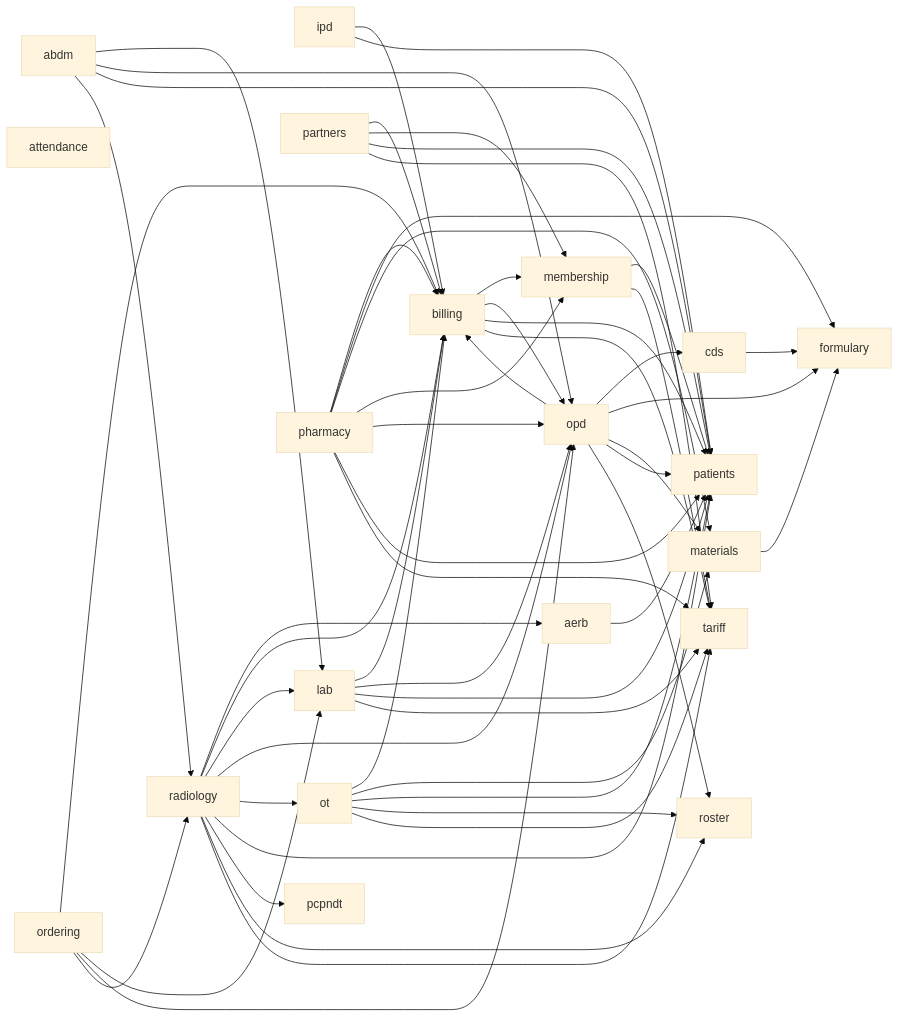
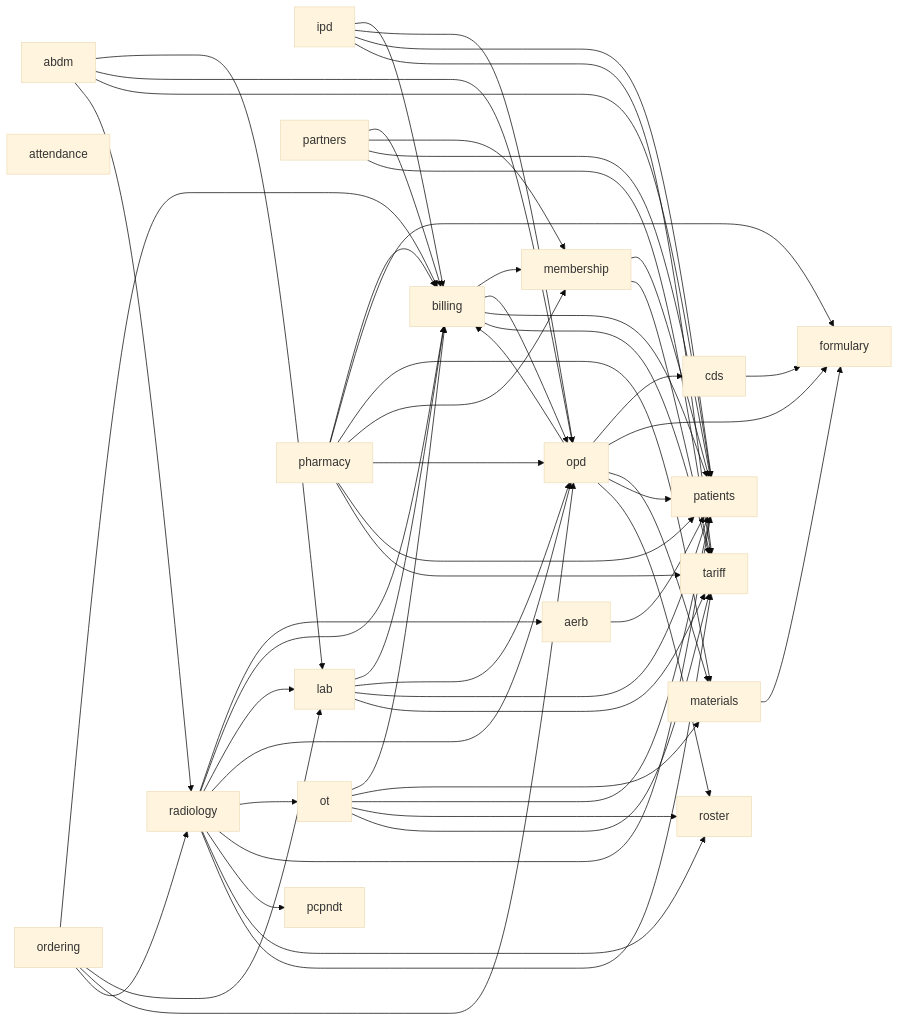
The second of 2 diagrams in docs/architecture/README.md (ankits3a/hims-hmis), drawn with Mermaid (base theme) before and after one commit. The commit also changed other lines of this file and 50 other files, not shown here.

First line of the commit message:
feat(ipd): admission — request, tariff deposit, admit onto a bed in one transaction, payer record, wristband, emergency lane, downtime back-fill and the Admit sheet (E1.2)

````diff
--- a/docs/architecture/README.md
+++ b/docs/architecture/README.md
@@ -31,77 +31,79 @@
 ```mermaid
 flowchart LR
   abdm[abdm]
   aerb[aerb]
   attendance[attendance]
   billing[billing]
   cds[cds]
   formulary[formulary]
   ipd[ipd]
   lab[lab]
   materials[materials]
   membership[membership]
   opd[opd]
   ordering[ordering]
   ot[ot]
   partners[partners]
   patients[patients]
   pcpndt[pcpndt]
   pharmacy[pharmacy]
   radiology[radiology]
   roster[roster]
   tariff[tariff]
   abdm --> lab
   abdm --> opd
   abdm --> patients
   abdm --> radiology
   aerb --> patients
   billing --> membership
   billing --> opd
   billing --> patients
   billing --> tariff
   cds --> formulary
   ipd --> billing
+  ipd --> opd
   ipd --> patients
+  ipd --> tariff
   lab --> billing
   lab --> opd
   lab --> patients
   lab --> tariff
   materials --> formulary
   membership --> patients
   membership --> tariff
   opd --> billing
   opd --> cds
   opd --> formulary
   opd --> materials
   opd --> patients
   opd --> roster
   ordering --> billing
   ordering --> lab
   ordering --> opd
   ordering --> radiology
   ot --> billing
   ot --> materials
   ot --> patients
   ot --> roster
   ot --> tariff
   partners --> billing
   partners --> membership
   partners --> patients
   partners --> tariff
   pharmacy --> billing
   pharmacy --> formulary
   pharmacy --> materials
   pharmacy --> membership
   pharmacy --> opd
   pharmacy --> patients
   pharmacy --> tariff
   radiology --> aerb
   radiology --> billing
   radiology --> lab
   radiology --> opd
   radiology --> ot
   radiology --> patients
   radiology --> pcpndt
   radiology --> roster
   radiology --> tariff
 ```
````
